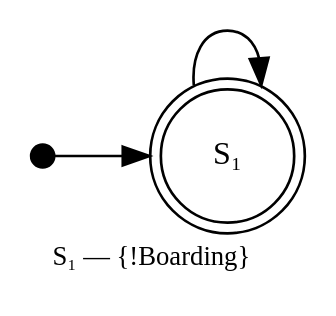
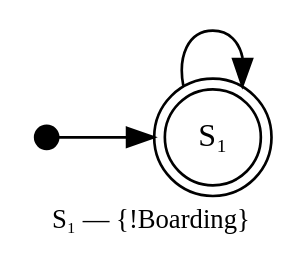
One commit to Pastor/Takt changed the diagram in book/src/17-showcase/images/lift-buchi.dot. Above: the diagram before and after it, drawn with Graphviz. The commit also changed 7 other files, not shown here.

```diff
--- a/book/src/17-showcase/images/lift-buchi.dot
+++ b/book/src/17-showcase/images/lift-buchi.dot
@@ -1,14 +1,14 @@
 digraph Buchi {
   rankdir=LR;
   fontname="GOST 2.304-81";
   fontsize=10;
-  node [shape=circle, fixedsize=true, width=0.7, height=0.7, fontsize=12, fontname="GOST 2.304-81"];
+  node [shape=circle, fixedsize=true, width=0.5, height=0.5, fontsize=12, fontname="GOST 2.304-81"];
   edge [fontname="GOST 2.304-81"];
   s0 [shape=doublecircle, label="S₁"];
   __start0 [shape=point, width=0.12];
   __start0 -> s0;
   s0 -> s0;
   label="S₁ — {!Boarding}\l";
   labelloc="b";
   labeljust="l";
 }
```
